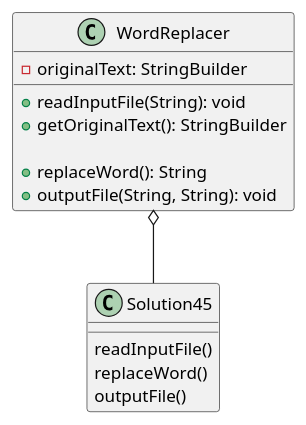
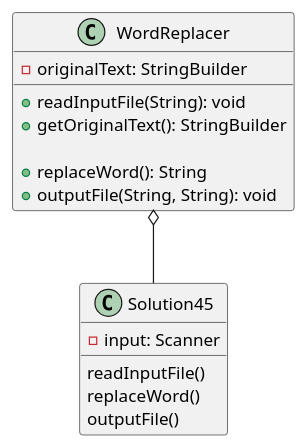
One commit to Zandroid505/Antifit-a04 changed the diagram in exercise45/docs/ClassDiagram.puml. Above: the diagram before and after it, drawn with PlantUML. The commit also changed 12 other files, not shown here.

```diff
--- a/exercise45/docs/ClassDiagram.puml
+++ b/exercise45/docs/ClassDiagram.puml
@@ -6,22 +6,26 @@
 @startuml
 'https://plantuml.com/class-diagram
 
 WordReplacer o--Solution45
 
 class Solution45 {
+    - input: Scanner
+
+    'Create WordReplacer object to call methods
+
     readInputFile()
     replaceWord()
     outputFile()
 }
 
 class WordReplacer {
     - originalText: StringBuilder
 
     + readInputFile(String): void
     + getOriginalText(): StringBuilder
 
     + replaceWord(): String
     + outputFile(String, String): void
 }
 
 @enduml
```
